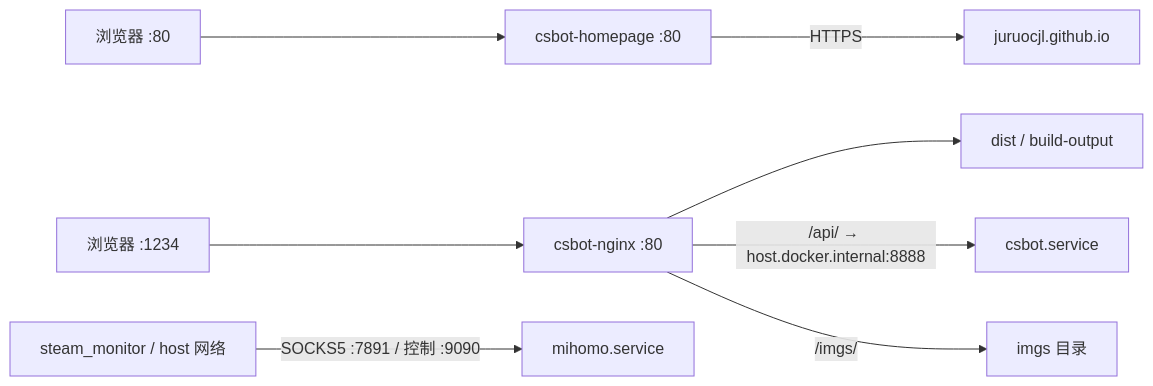
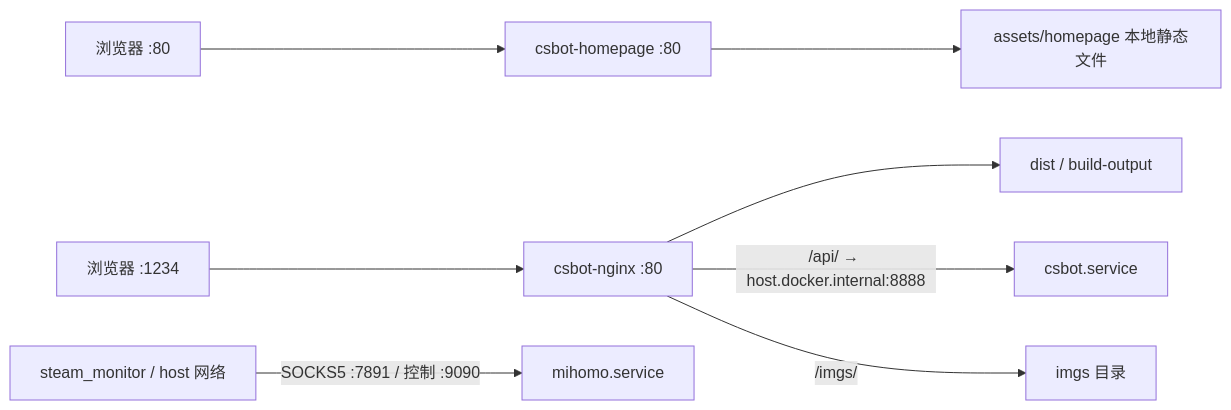
One commit to juruocjl/csbot-depoly changed the diagram in SERVER_SERVICES.md. Above: the diagram before and after it, drawn with Mermaid. The commit also changed other lines of this file and 1 other file, not shown here.

Commit message:
Document direct static homepage hosting

````diff
--- a/SERVER_SERVICES.md
+++ b/SERVER_SERVICES.md
@@ -126,10 +133,10 @@
 ```mermaid
 flowchart LR
     HomepageBrowser[浏览器 :80] --> Homepage[csbot-homepage :80]
-    Homepage -->|HTTPS| Pages[juruocjl.github.io]
+    Homepage --> HomepageFiles[assets/homepage 本地静态文件]
     Browser[浏览器 :1234] --> Nginx[csbot-nginx :80]
     Nginx --> Static[dist / build-output]
     Nginx -->|/api/ → host.docker.internal:8888| Backend[csbot.service]
     Nginx -->|/imgs/| Images[imgs 目录]
     Steam[steam_monitor / host 网络] -->|SOCKS5 :7891 / 控制 :9090| Mihomo[mihomo.service]
 ```
````
